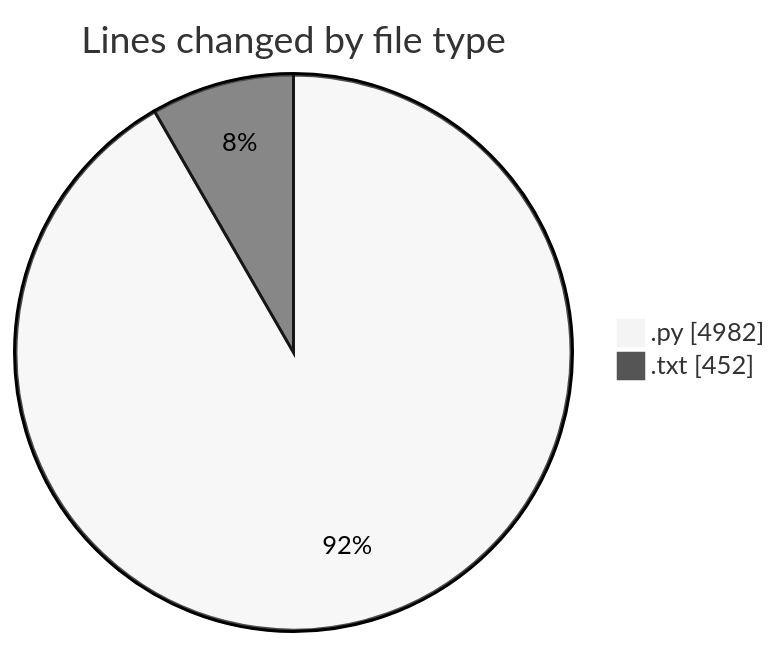
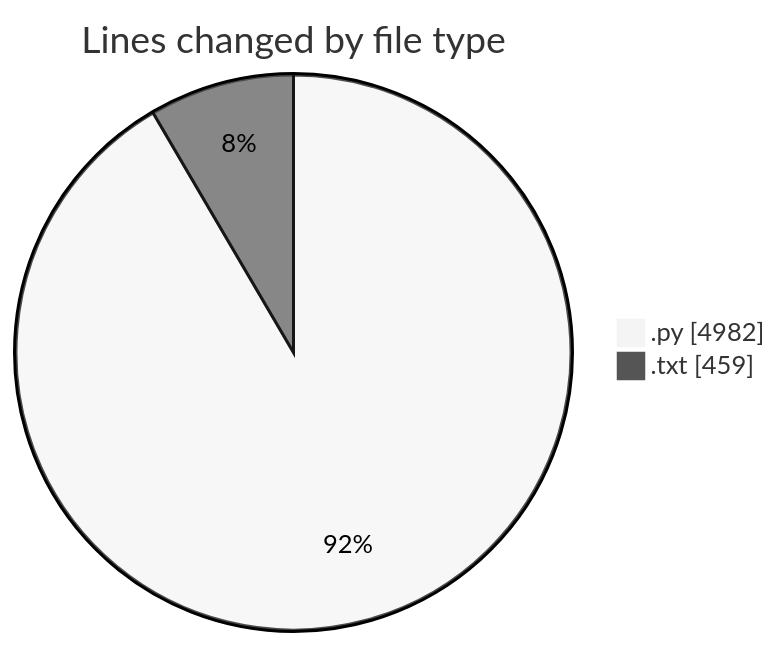
The first of 2 diagrams in 2025-05-26/zip_file/README.md (Ritupan-Deka/code-tracking), drawn with Mermaid (neutral theme) before and after one commit. The commit also changed other lines of this file and 1 other file, not shown here.

````diff
--- a/2025-05-26/zip_file/README.md
+++ b/2025-05-26/zip_file/README.md
@@ -37,6 +37,6 @@
 ```mermaid
 pie showData
 title Lines changed by file type
 ".py" : 4982
-".txt" : 452
+".txt" : 459
 ```
````
